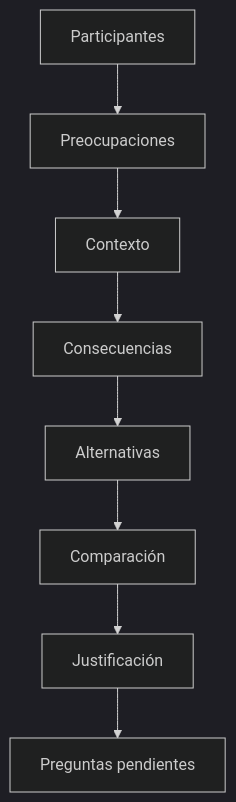
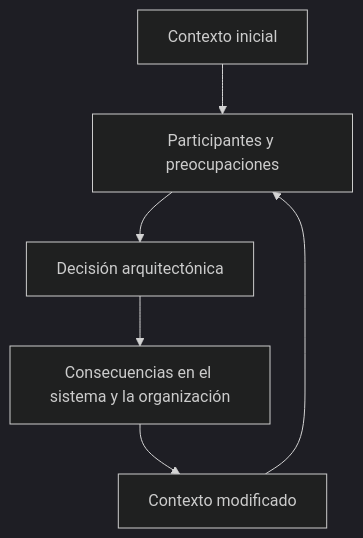
Before and after one commit to acuscorp/SoftwareArchitecture: the diagram in Classes/M01 - Pensamiento arquitectónico y fundamentos/CL01.04.01 - Contexto y participantes.md, drawn with Mermaid (dark theme). The commit also changed other lines of this file, not shown here.

````diff
--- a/Classes/M01 - Pensamiento arquitectónico y fundamentos/CL01.04.01 - Contexto y participantes.md
+++ b/Classes/M01 - Pensamiento arquitectónico y fundamentos/CL01.04.01 - Contexto y participantes.md
@@ -235,10 +163,8 @@
 ```mermaid
 flowchart TD
-    A[Participantes] --> B[Preocupaciones]
-    B --> C[Contexto]
-    C --> D[Consecuencias]
-    D --> E[Alternativas]
-    E --> F[Comparación]
-    F --> G[Justificación]
-    G --> H[Preguntas pendientes]
+    A[Contexto inicial] --> B[Participantes y preocupaciones]
+    B --> C[Decisión arquitectónica]
+    C --> D[Consecuencias en el sistema y la organización]
+    D --> E[Contexto modificado]
+    E --> B
 ```
````
